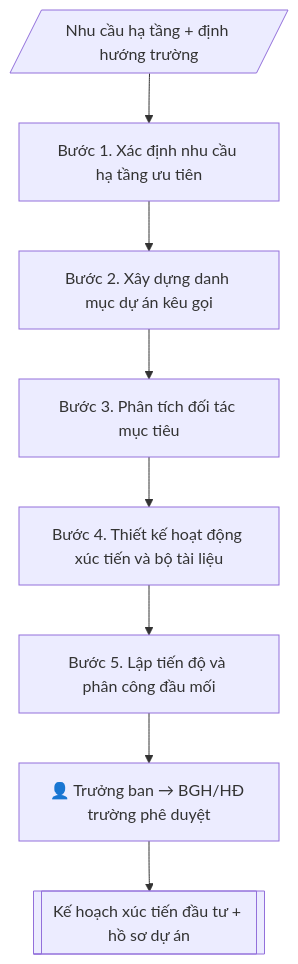
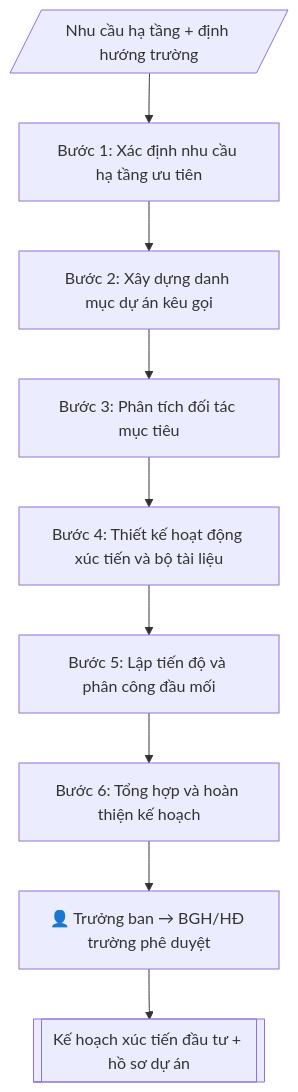
The diagram in skills/ke-hoach-xuc-tien-dau-tu/SKILL.md (phamtruong91/dh-skills), drawn with Mermaid before and after one commit. The commit also changed 124 other files, not shown here.

````diff
--- a/skills/ke-hoach-xuc-tien-dau-tu/SKILL.md
+++ b/skills/ke-hoach-xuc-tien-dau-tu/SKILL.md
@@ -83,10 +83,11 @@
 ```mermaid
 flowchart TD
-    A[/"Nhu cầu hạ tầng + định hướng trường"/] --> B["Bước 1. Xác định nhu cầu hạ tầng ưu tiên"]
-    B --> C["Bước 2. Xây dựng danh mục dự án kêu gọi"]
-    C --> D["Bước 3. Phân tích đối tác mục tiêu"]
-    D --> E["Bước 4. Thiết kế hoạt động xúc tiến và bộ tài liệu"]
-    E --> F["Bước 5. Lập tiến độ và phân công đầu mối"]
-    F --> HG["👤 Trưởng ban → BGH/HĐ trường phê duyệt"]
-    HG --> G[["Kế hoạch xúc tiến đầu tư + hồ sơ dự án"]]
+    IN[/"Nhu cầu hạ tầng + định hướng trường"/] --> B1["Bước 1: Xác định nhu cầu hạ tầng ưu tiên"]
+    B1 --> B2["Bước 2: Xây dựng danh mục dự án kêu gọi"]
+    B2 --> B3["Bước 3: Phân tích đối tác mục tiêu"]
+    B3 --> B4["Bước 4: Thiết kế hoạt động xúc tiến và bộ tài liệu"]
+    B4 --> B5["Bước 5: Lập tiến độ và phân công đầu mối"]
+    B5 --> B6["Bước 6: Tổng hợp và hoàn thiện kế hoạch"]
+    B6 --> HG["👤 Trưởng ban → BGH/HĐ trường phê duyệt"]
+    HG --> OUT[["Kế hoạch xúc tiến đầu tư + hồ sơ dự án"]]
 ```
````
